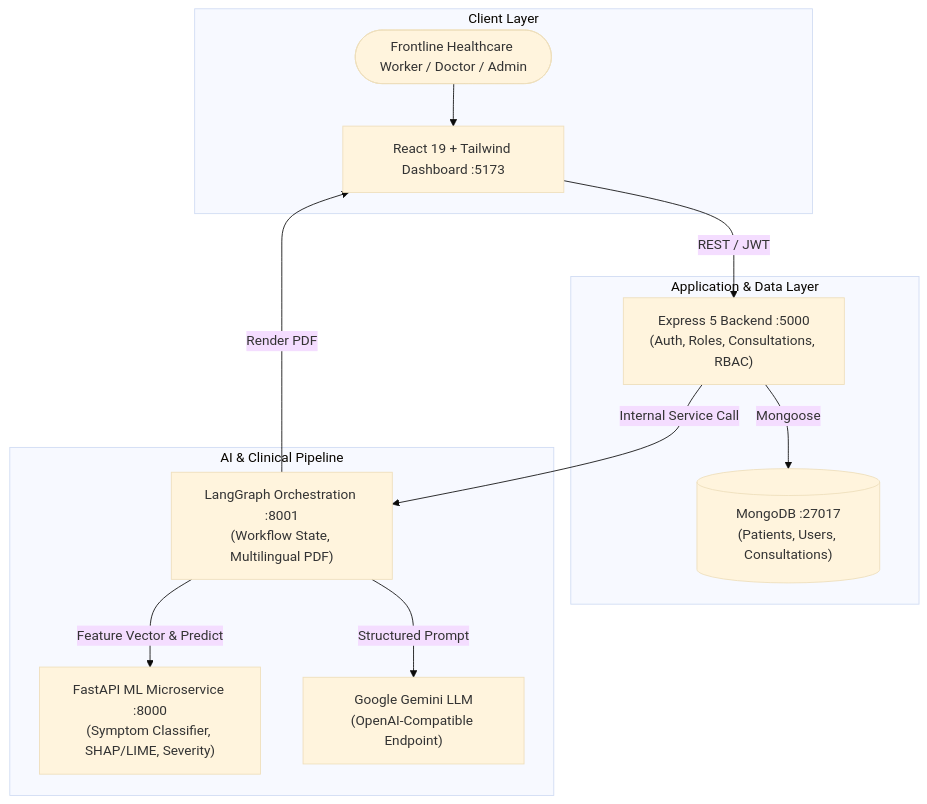
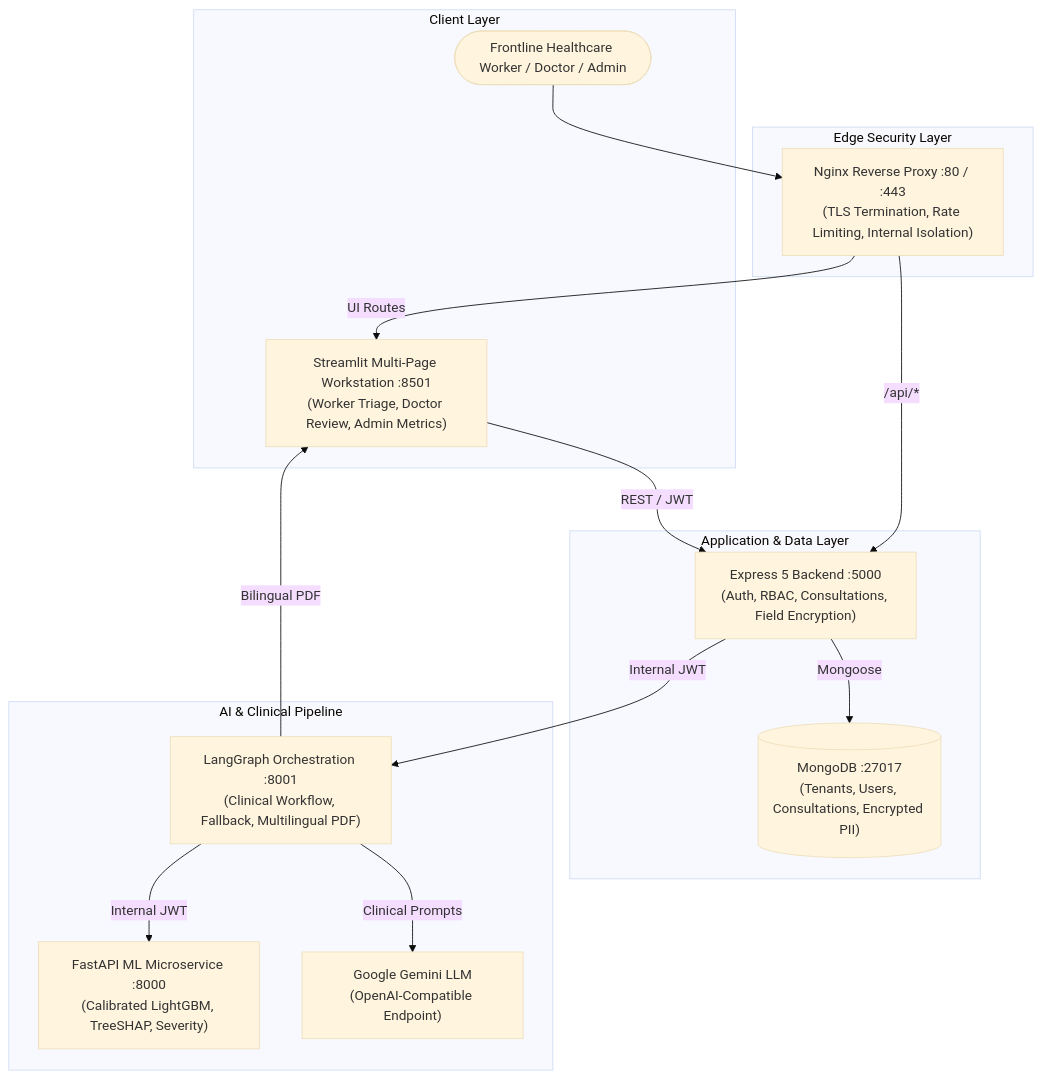
The diagram in README.md (satyam7535/ArogyaMitra), drawn with Mermaid (base theme) before and after one commit. The commit also changed other lines of this file and 19 other files, not shown here.

Commit message:
feat(stage-b): harden container security, add dockerignore, edge proxy isolation, and document Docker low-disk status

````diff
--- a/README.md
+++ b/README.md
@@ -9,26 +9,32 @@
 ```mermaid
 flowchart TD
     subgraph Client ["Client Layer"]
         User(["Frontline Healthcare Worker / Doctor / Admin"])
-        UI["React 19 + Tailwind Dashboard :5173"]
+        UI["Streamlit Multi-Page Workstation :8501\n(Worker Triage, Doctor Review, Admin Metrics)"]
+    end
+
+    subgraph Ingress ["Edge Security Layer"]
+        Proxy["Nginx Reverse Proxy :80 / :443\n(TLS Termination, Rate Limiting, Internal Isolation)"]
     end
 
     subgraph Core ["Application & Data Layer"]
-        API["Express 5 Backend :5000\n(Auth, Roles, Consultations, RBAC)"]
-        DB[("MongoDB :27017\n(Patients, Users, Consultations)")]
+        API["Express 5 Backend :5000\n(Auth, RBAC, Consultations, Field Encryption)"]
+        DB[("MongoDB :27017\n(Tenants, Users, Consultations, Encrypted PII)")]
     end
 
     subgraph AI ["AI & Clinical Pipeline"]
-        GraphSvc["LangGraph Orchestration :8001\n(Workflow State, Multilingual PDF)"]
-        MLSvc["FastAPI ML Microservice :8000\n(Symptom Classifier, SHAP/LIME, Severity)"]
+        GraphSvc["LangGraph Orchestration :8001\n(Clinical Workflow, Fallback, Multilingual PDF)"]
+        MLSvc["FastAPI ML Microservice :8000\n(Calibrated LightGBM, TreeSHAP, Severity)"]
         GeminiAPI["Google Gemini LLM\n(OpenAI-Compatible Endpoint)"]
     end
 
-    User --> UI
+    User --> Proxy
+    Proxy -->|UI Routes| UI
+    Proxy -->|/api/*| API
     UI -->|REST / JWT| API
     API -->|Mongoose| DB
-    API -->|Internal Service Call| GraphSvc
-    GraphSvc -->|Feature Vector & Predict| MLSvc
-    GraphSvc -->|Structured Prompt| GeminiAPI
-    GraphSvc -->|Render PDF| UI
+    API -->|Internal JWT| GraphSvc
+    GraphSvc -->|Internal JWT| MLSvc
+    GraphSvc -->|Clinical Prompts| GeminiAPI
+    GraphSvc -->|Bilingual PDF| UI
 ```
````
